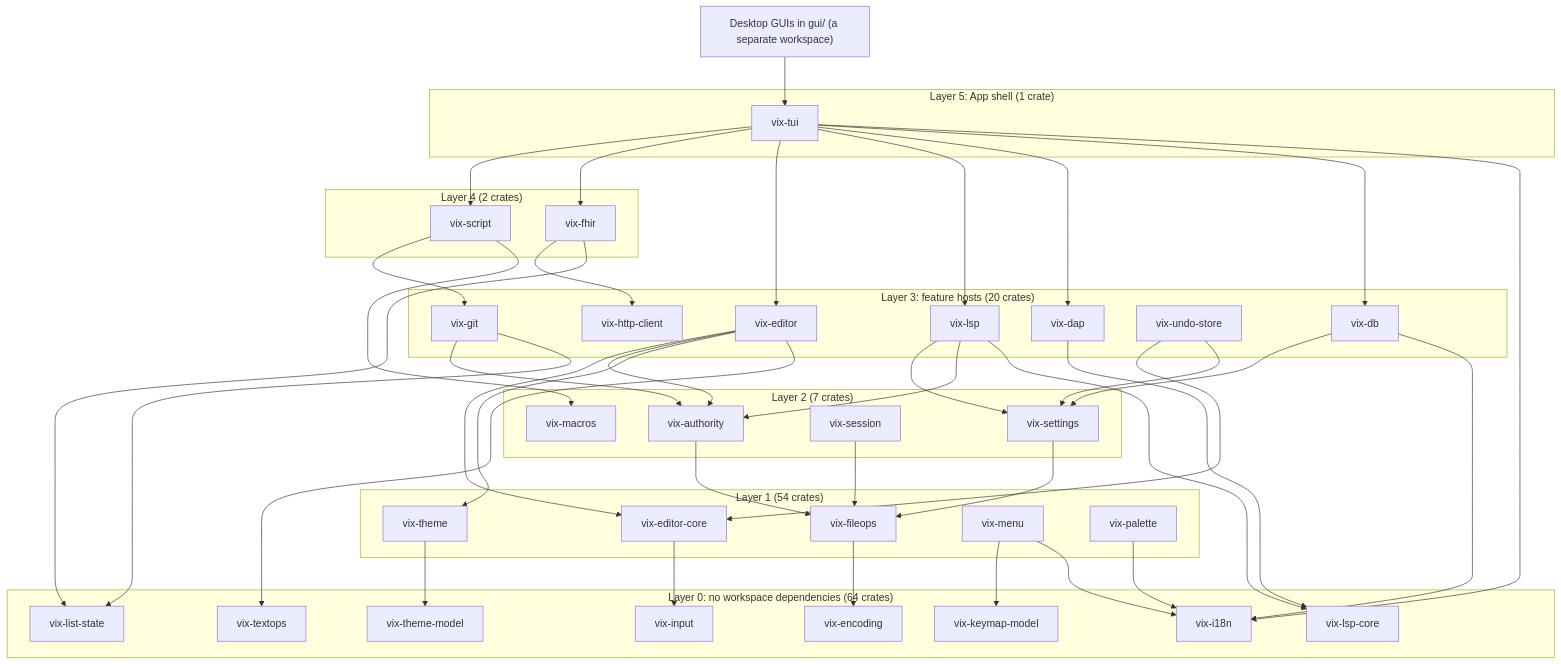
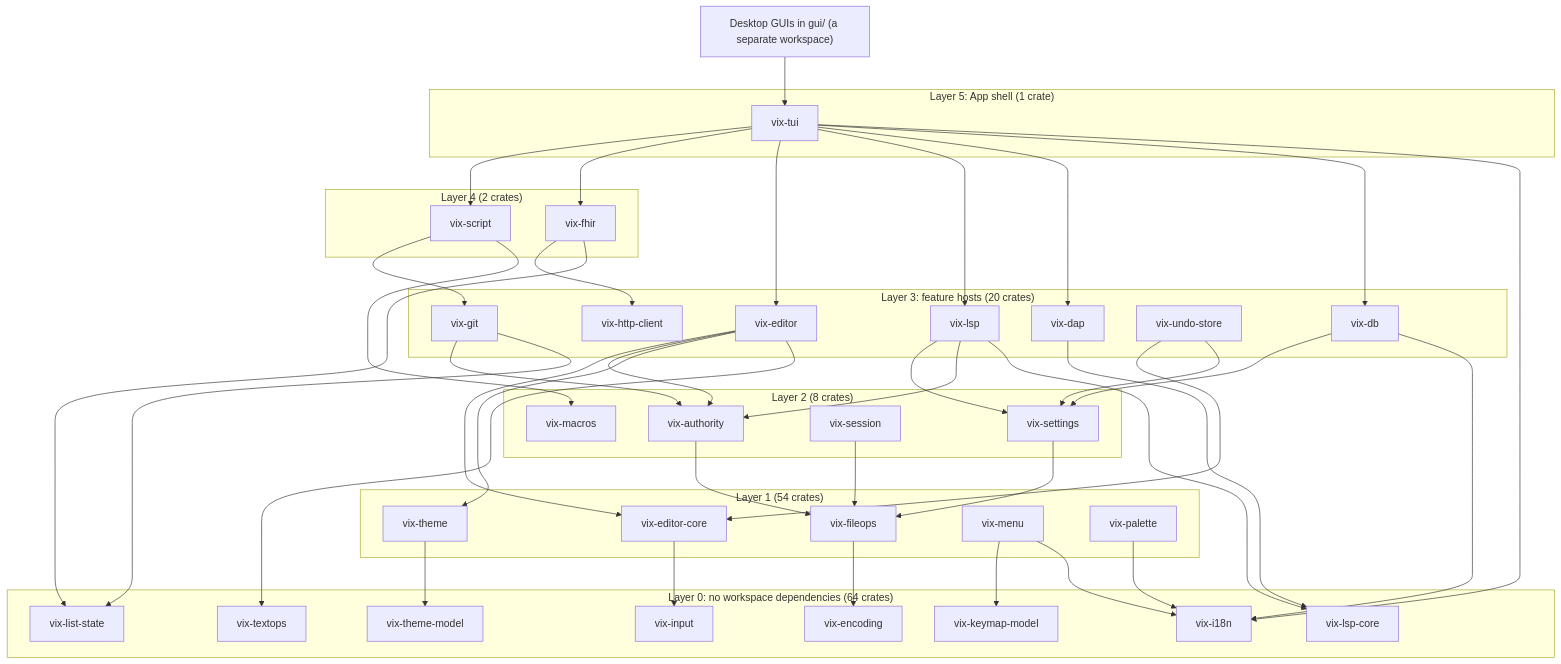
Before and after one commit to vixide/vix: the first of 18 diagrams in docs/architecture/index.md, drawn with Mermaid. The commit also changed other lines of this file and 62 other files, not shown here.

````diff
--- a/docs/architecture/index.md
+++ b/docs/architecture/index.md
@@ -35,78 +35,78 @@
 ```mermaid
 flowchart TD
     gui["Desktop GUIs in gui/ (a separate workspace)"]
     subgraph L5["Layer 5: App shell (1 crate)"]
         tui["vix-tui"]
     end
     subgraph L4["Layer 4 (2 crates)"]
         script["vix-script"]
         fhir["vix-fhir"]
     end
     subgraph L3["Layer 3: feature hosts (20 crates)"]
         editor["vix-editor"]
         lsp["vix-lsp"]
         dap["vix-dap"]
         git["vix-git"]
         db["vix-db"]
         undo["vix-undo-store"]
         http["vix-http-client"]
     end
-    subgraph L2["Layer 2 (7 crates)"]
+    subgraph L2["Layer 2 (8 crates)"]
         settings["vix-settings"]
         authority["vix-authority"]
         session["vix-session"]
         macros["vix-macros"]
     end
     subgraph L1["Layer 1 (54 crates)"]
         core["vix-editor-core"]
         fileops["vix-fileops"]
         theme["vix-theme"]
         menu["vix-menu"]
         palette["vix-palette"]
     end
     subgraph L0["Layer 0: no workspace dependencies (64 crates)"]
         input["vix-input"]
         i18n["vix-i18n"]
         list_state["vix-list-state"]
         encoding["vix-encoding"]
         lsp_core["vix-lsp-core"]
         textops["vix-textops"]
         theme_model["vix-theme-model"]
         keymap_model["vix-keymap-model"]
     end
     gui --> tui
     tui --> script
     tui --> fhir
     tui --> editor
     tui --> lsp
     tui --> dap
     tui --> db
     tui --> i18n
     script --> git
     script --> macros
     fhir --> http
     fhir --> list_state
     editor --> core
     editor --> authority
     editor --> theme
     editor --> textops
     undo --> core
     undo --> settings
     lsp --> settings
     lsp --> authority
     lsp --> lsp_core
     dap --> lsp_core
     git --> authority
     git --> list_state
     db --> settings
     db --> i18n
     settings --> fileops
     authority --> fileops
     session --> fileops
     core --> input
     fileops --> encoding
     theme --> theme_model
     menu --> keymap_model
     menu --> i18n
     palette --> i18n
 ```
````
